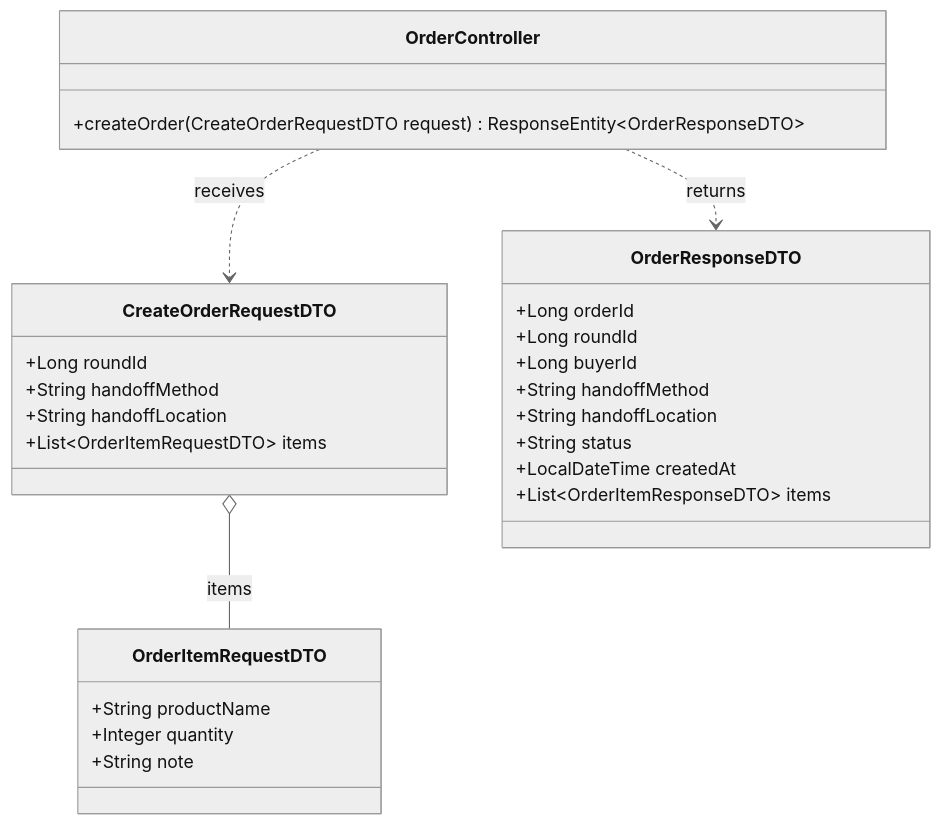
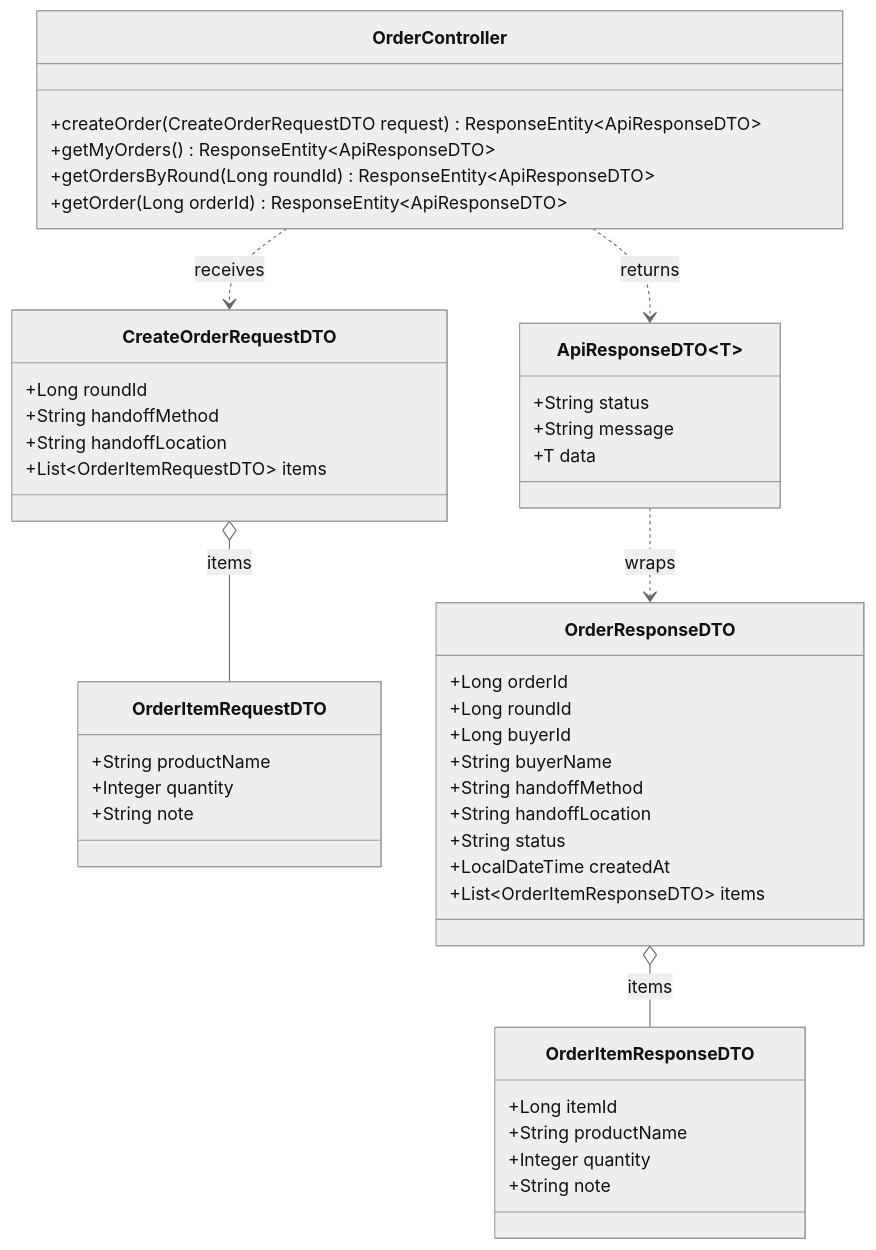
The first of 4 diagrams in docs/task-16/README.md (BlackyB0o/CS261_650001_group5), drawn with Mermaid (neutral theme) before and after one commit. The commit also changed other lines of this file, not shown here.

````diff
--- a/docs/task-16/README.md
+++ b/docs/task-16/README.md
@@ -91,31 +145,48 @@
 ```mermaid
 classDiagram
     class OrderController {
-        +createOrder(CreateOrderRequestDTO request) ResponseEntity~OrderResponseDTO~
+        +createOrder(CreateOrderRequestDTO request) ResponseEntity~ApiResponseDTO~
+        +getMyOrders() ResponseEntity~ApiResponseDTO~
+        +getOrdersByRound(Long roundId) ResponseEntity~ApiResponseDTO~
+        +getOrder(Long orderId) ResponseEntity~ApiResponseDTO~
     }
     class CreateOrderRequestDTO {
         +Long roundId
         +String handoffMethod
         +String handoffLocation
         +List~OrderItemRequestDTO~ items
     }
     class OrderItemRequestDTO {
         +String productName
         +Integer quantity
         +String note
     }
     class OrderResponseDTO {
         +Long orderId
         +Long roundId
         +Long buyerId
+        +String buyerName
         +String handoffMethod
         +String handoffLocation
         +String status
         +LocalDateTime createdAt
         +List~OrderItemResponseDTO~ items
     }
- 
+    class OrderItemResponseDTO {
+        +Long itemId
+        +String productName
+        +Integer quantity
+        +String note
+    }
+    class ApiResponseDTO~T~ {
+        +String status
+        +String message
+        +T data
+    }
+
     OrderController ..> CreateOrderRequestDTO : receives
-    OrderController ..> OrderResponseDTO : returns
+    OrderController ..> ApiResponseDTO : returns
+    ApiResponseDTO ..> OrderResponseDTO : wraps
     CreateOrderRequestDTO o-- OrderItemRequestDTO : items
+    OrderResponseDTO o-- OrderItemResponseDTO : items
 ```
````
